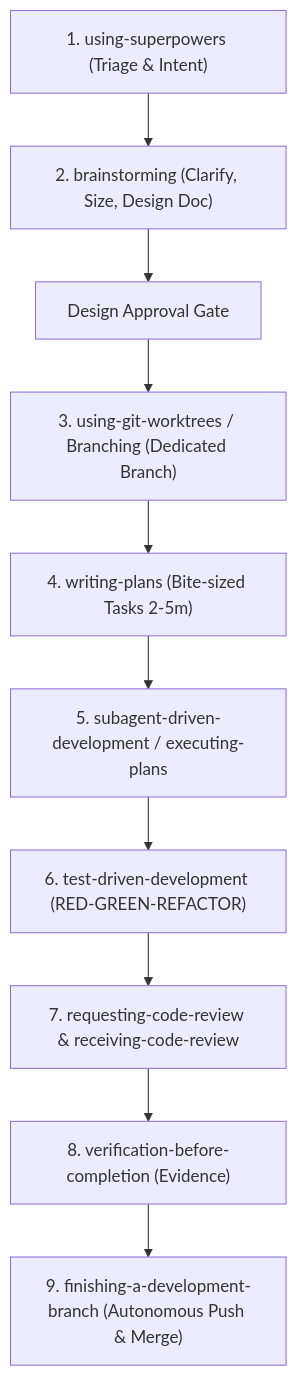
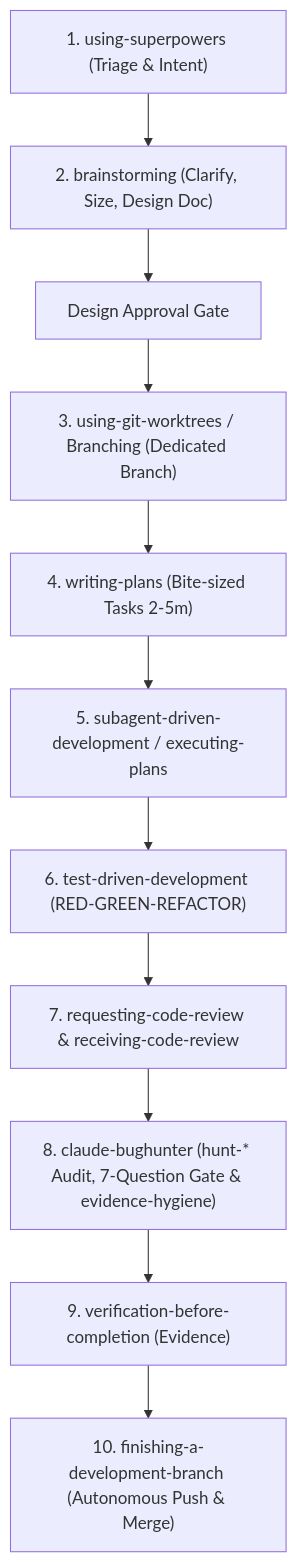
Before and after one commit to Pobx/water-smart-bill: the diagram in AGENTS.md, drawn with Mermaid. The commit also changed other lines of this file and 4 other files, not shown here.

````diff
--- a/AGENTS.md
+++ b/AGENTS.md
@@ -19,12 +19,13 @@
 ```mermaid
 flowchart TD
     A["1. using-superpowers (Triage & Intent)"] --> B["2. brainstorming (Clarify, Size, Design Doc)"]
     B --> C["Design Approval Gate"]
     C --> D["3. using-git-worktrees / Branching (Dedicated Branch)"]
     D --> E["4. writing-plans (Bite-sized Tasks 2-5m)"]
     E --> F["5. subagent-driven-development / executing-plans"]
     F --> G["6. test-driven-development (RED-GREEN-REFACTOR)"]
     G --> H["7. requesting-code-review & receiving-code-review"]
-    H --> I["8. verification-before-completion (Evidence)"]
-    I --> J["9. finishing-a-development-branch (Autonomous Push & Merge)"]
+    H --> S["8. claude-bughunter (hunt-* Audit, 7-Question Gate & evidence-hygiene)"]
+    S --> I["9. verification-before-completion (Evidence)"]
+    I --> J["10. finishing-a-development-branch (Autonomous Push & Merge)"]
 ```
````
